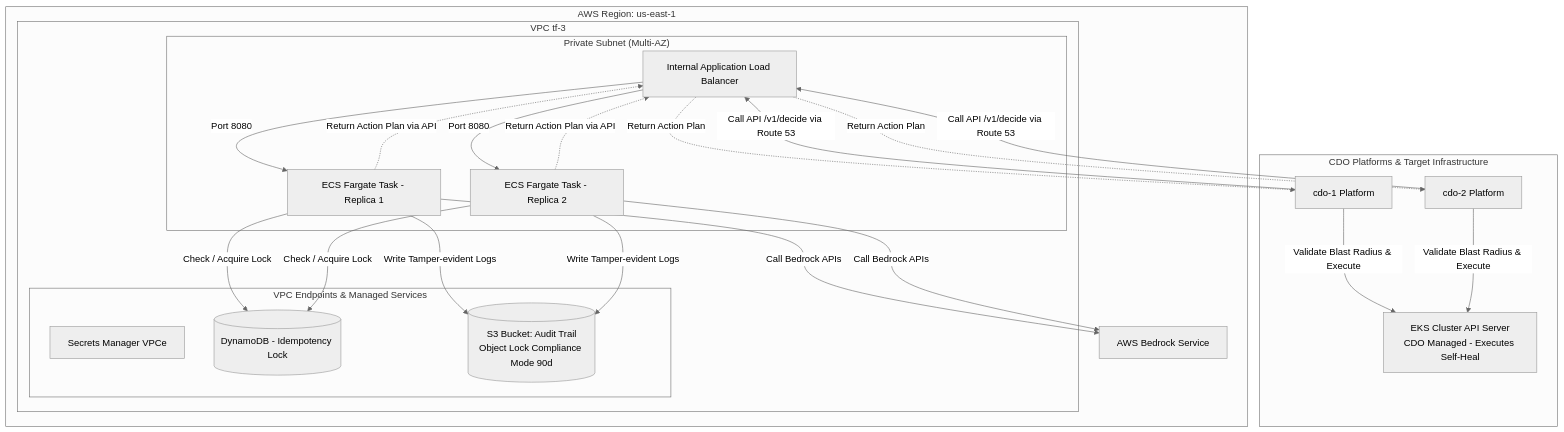
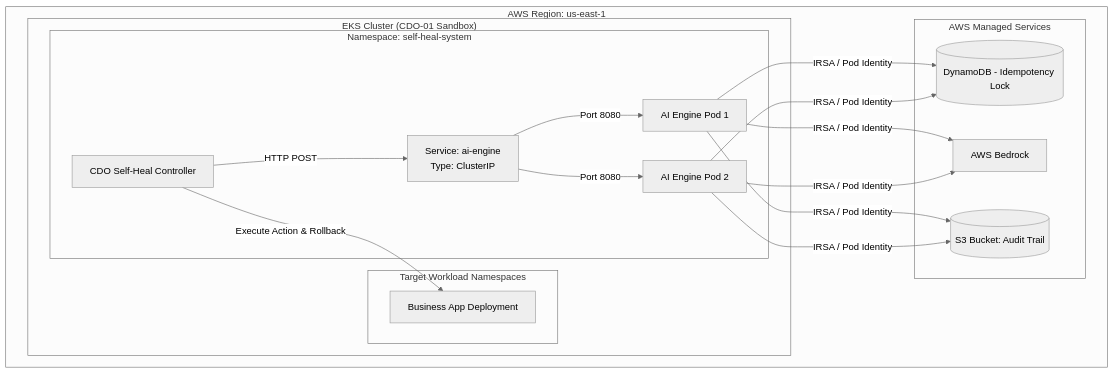
Before and after one commit to AIops-g4/Capstone-Phase-2-Code: the diagram in tf-3/ai/contracts/deployment-contract.md, drawn with Mermaid (neutral theme). The commit also changed other lines of this file, not shown here.

Commit message:
update deployment contract

````diff
--- a/tf-3/ai/contracts/deployment-contract.md
+++ b/tf-3/ai/contracts/deployment-contract.md
@@ -260,37 +172,35 @@
 ```mermaid
 graph TB
     subgraph "AWS Region: us-east-1"
-        subgraph "VPC tf-3"
-            subgraph "Private Subnet (Multi-AZ)"
-                ALB[Internal Application Load Balancer]
-                ECS1[ECS Fargate Task - Replica 1]
-                ECS2[ECS Fargate Task - Replica 2]
-                ALB -->|Port 8080| ECS1
-                ALB -->|Port 8080| ECS2
+        subgraph "EKS Cluster (CDO-01 Sandbox)"
+            subgraph "Namespace: self-heal-system"
+                SVC[Service: ai-engine<br>Type: ClusterIP]
+                Pod1[AI Engine Pod 1]
+                Pod2[AI Engine Pod 2]
+                
+                Ctrl[CDO Self-Heal Controller]
+                
+                SVC -->|Port 8080| Pod1
+                SVC -->|Port 8080| Pod2
+                
+                Ctrl -->|HTTP POST| SVC
             end
             
-            subgraph "VPC Endpoints & Managed Services"
-                SM[Secrets Manager VPCe]
-                DDB[(DynamoDB - Idempotency Lock)]
-                S3[(S3 Bucket: Audit Trail<br>Object Lock Compliance Mode 90d)]
+            subgraph "Target Workload Namespaces"
+                BizApp[Business App Deployment]
             end
             
-            ECS1 & ECS2 -->|Check / Acquire Lock| DDB
-            ECS1 & ECS2 -->|Write Tamper-evident Logs| S3
-            ECS1 & ECS2 -.->|Return Action Plan via API| ALB
+            Ctrl -->|Execute Action & Rollback| BizApp
         end
         
-        Bedrock[AWS Bedrock Service]
-        ECS1 & ECS2 -->|Call Bedrock APIs| Bedrock
+        subgraph "AWS Managed Services"
+            DDB[(DynamoDB - Idempotency Lock)]
+            S3[(S3 Bucket: Audit Trail)]
+            Bedrock[AWS Bedrock]
+        end
+        
+        Pod1 & Pod2 -->|IRSA / Pod Identity| Bedrock
+        Pod1 & Pod2 -->|IRSA / Pod Identity| DDB
+        Pod1 & Pod2 -->|IRSA / Pod Identity| S3
     end
-
-    subgraph "CDO Platforms & Target Infrastructure"
-        CDO1[cdo-1 Platform]
-        CDO2[cdo-2 Platform]
-        EKS_API[EKS Cluster API Server<br>CDO Managed - Executes Self-Heal]
-    end
-
-    CDO1 & CDO2 -->|Call API /v1/decide via Route 53| ALB
-    ALB -.->|Return Action Plan| CDO1 & CDO2
-    CDO1 & CDO2 -->|Validate Blast Radius & Execute| EKS_API
 ```
````
